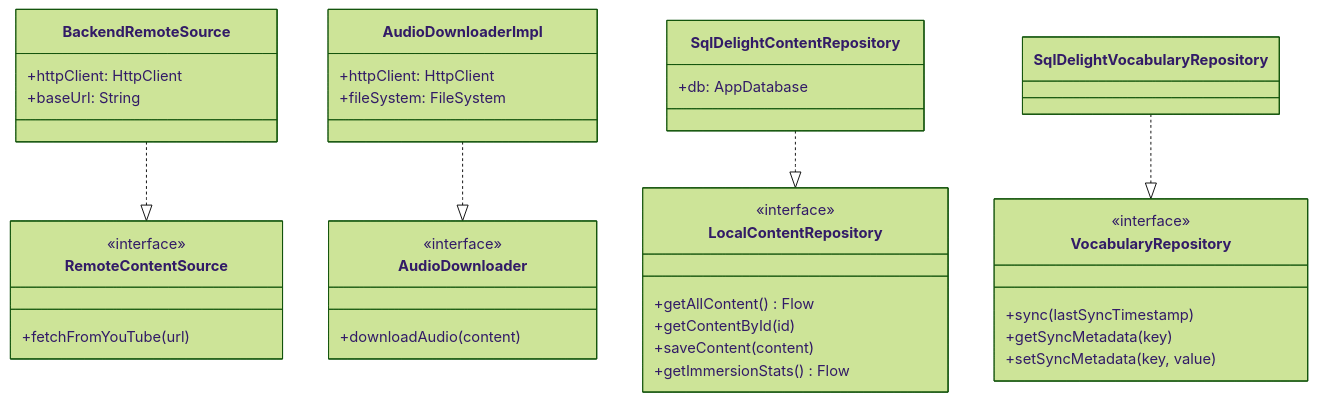
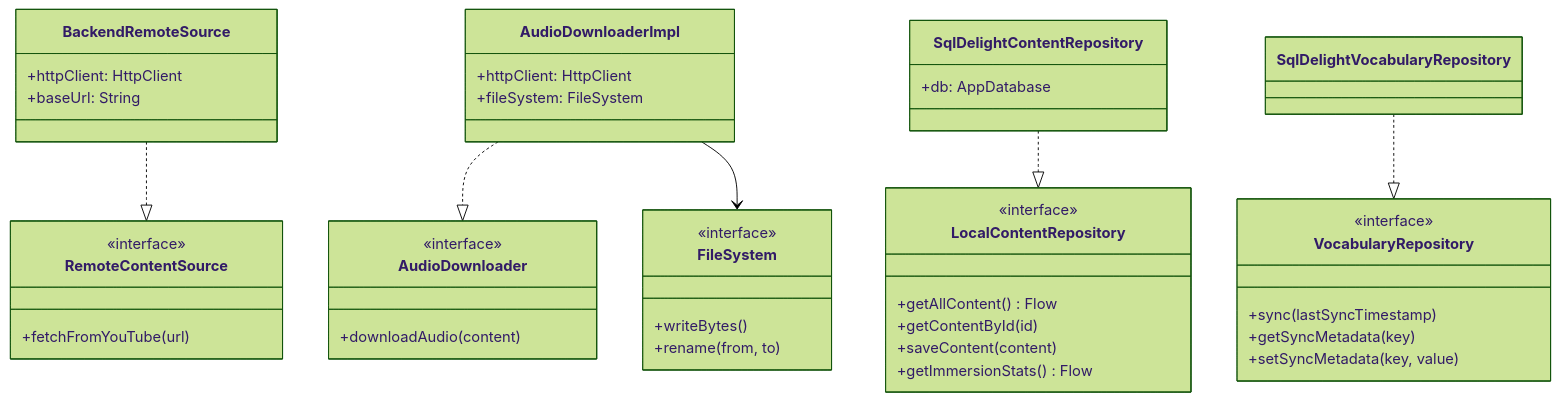
Before and after one commit to ursusandwolf/langkraft: the second of 6 diagrams in docs/UML.md, drawn with Mermaid (forest theme). The commit also changed other lines of this file and 19 other files, not shown here.

````diff
--- a/docs/UML.md
+++ b/docs/UML.md
@@ -33,40 +33,46 @@
 ```mermaid
 classDiagram
     class LocalContentRepository {
         <<interface>>
         +getAllContent() Flow
         +getContentById(id)
         +saveContent(content)
         +getImmersionStats() Flow
     }
     class AudioDownloader {
         <<interface>>
         +downloadAudio(content)
     }
     class RemoteContentSource {
         <<interface>>
         +fetchFromYouTube(url)
+    }
+    class FileSystem {
+        <<interface>>
+        +writeBytes()
+        +rename(from, to)
     }
     class BackendRemoteSource {
         +httpClient: HttpClient
         +baseUrl: String
     }
     class AudioDownloaderImpl {
         +httpClient: HttpClient
         +fileSystem: FileSystem
     }
     class SqlDelightContentRepository {
         +db: AppDatabase
     }
     class VocabularyRepository {
         <<interface>>
         +sync(lastSyncTimestamp)
         +getSyncMetadata(key)
         +setSyncMetadata(key, value)
     }
 
     SqlDelightContentRepository ..|> LocalContentRepository
     BackendRemoteSource ..|> RemoteContentSource
     AudioDownloaderImpl ..|> AudioDownloader
+    AudioDownloaderImpl --> FileSystem
     SqlDelightVocabularyRepository ..|> VocabularyRepository
 ```
````
